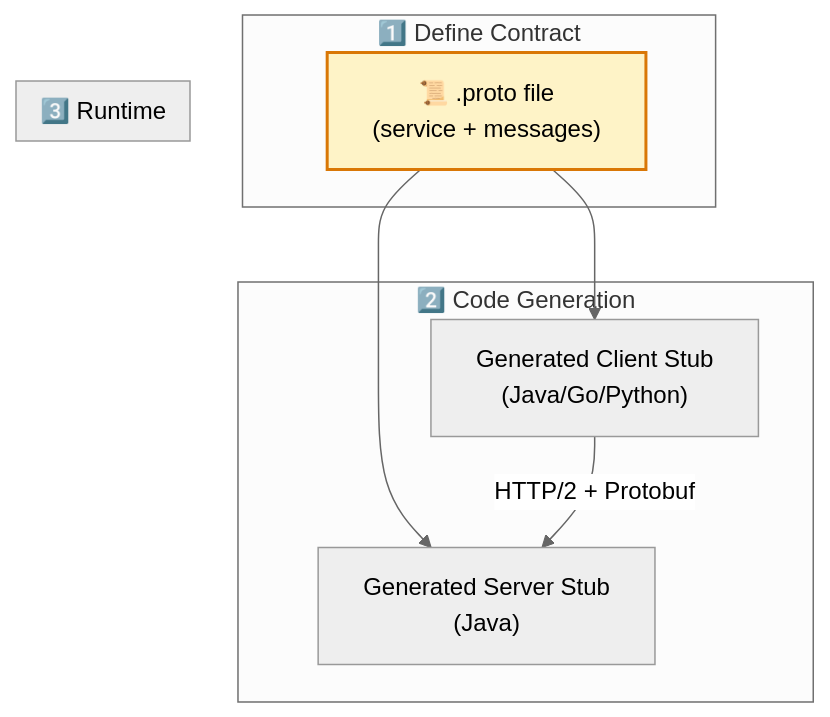
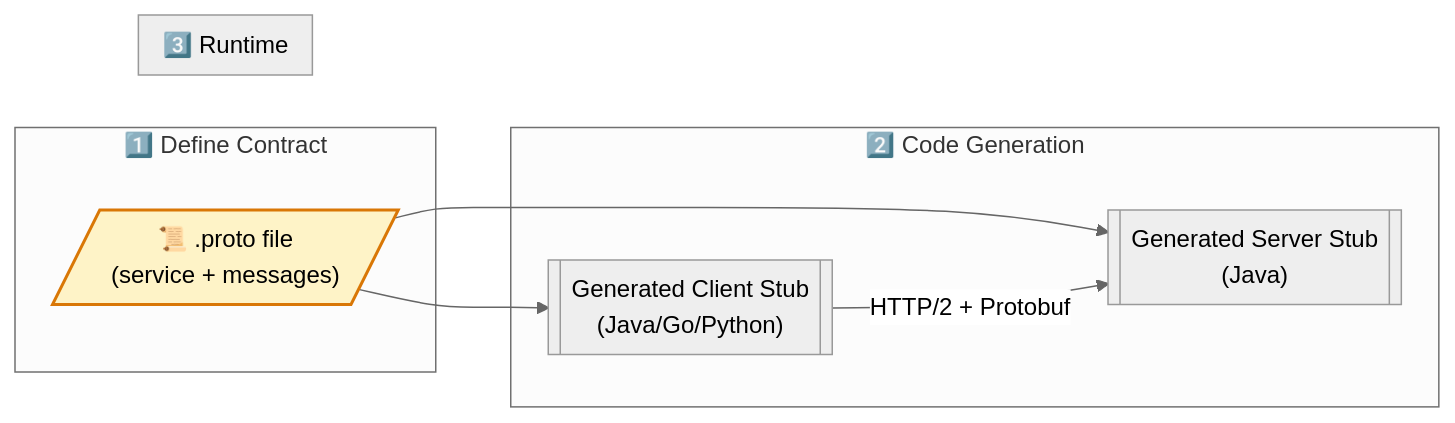
One commit to saivamsikaruturi/vamsilabs-dev-notes-main changed the second of 3 diagrams in docs/microservices/grpc.md. Above: the diagram before and after it, drawn with Mermaid (neutral theme). The commit also changed other lines of this file and 146 other files, not shown here.

Commit message:
Horizontal diagrams, UML class diagrams, typography overhaul, and permalink cleanup

````diff
--- a/docs/microservices/grpc.md
+++ b/docs/microservices/grpc.md
@@ -28,17 +28,17 @@
 ```mermaid
-flowchart TD
+flowchart LR
     subgraph Define["1️⃣ Define Contract"]
-        Proto["📜 .proto file<br/>(service + messages)"]
+        Proto[/"📜 .proto file<br/>(service + messages)"/]
     end
     
     subgraph Generate["2️⃣ Code Generation"]
-        Proto --> GS["Generated Server Stub<br/>(Java)"]
-        Proto --> GC["Generated Client Stub<br/>(Java/Go/Python)"]
+        Proto --> GS[["Generated Server Stub<br/>(Java)"]]
+        Proto --> GC[["Generated Client Stub<br/>(Java/Go/Python)"]]
     end
     
     subgraph Runtime["3️⃣ Runtime"]
         GC --> |"HTTP/2 + Protobuf"| GS
     end
 
     style Proto fill:#FEF3C7,stroke:#D97706,stroke-width:2px,color:#000
 ```
````
